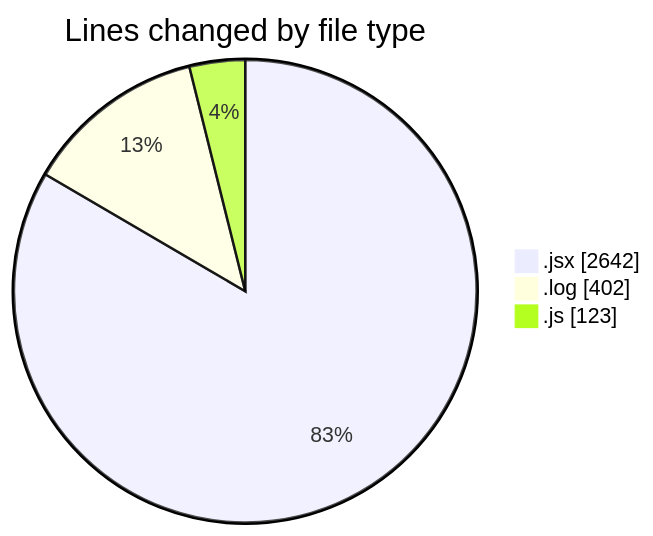
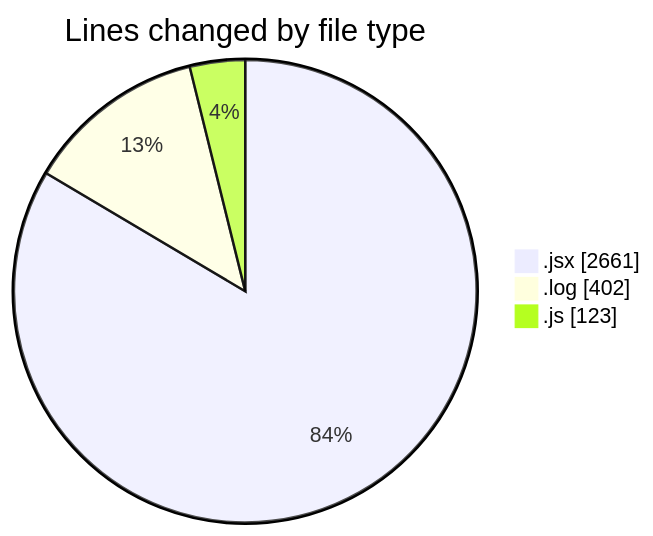
One commit to nxtqubesakshisongat/code-tracking changed the first of 2 diagrams in 2025-05-02/nxtqube_webapp/README.md. Above: the diagram before and after it, drawn with Mermaid. The commit also changed other lines of this file and 1 other file, not shown here.

````diff
--- a/2025-05-02/nxtqube_webapp/README.md
+++ b/2025-05-02/nxtqube_webapp/README.md
@@ -26,7 +26,7 @@
 ```mermaid
 pie showData
 title Lines changed by file type
-".jsx" : 2642
+".jsx" : 2661
 ".log" : 402
 ".js" : 123
 ```
````
